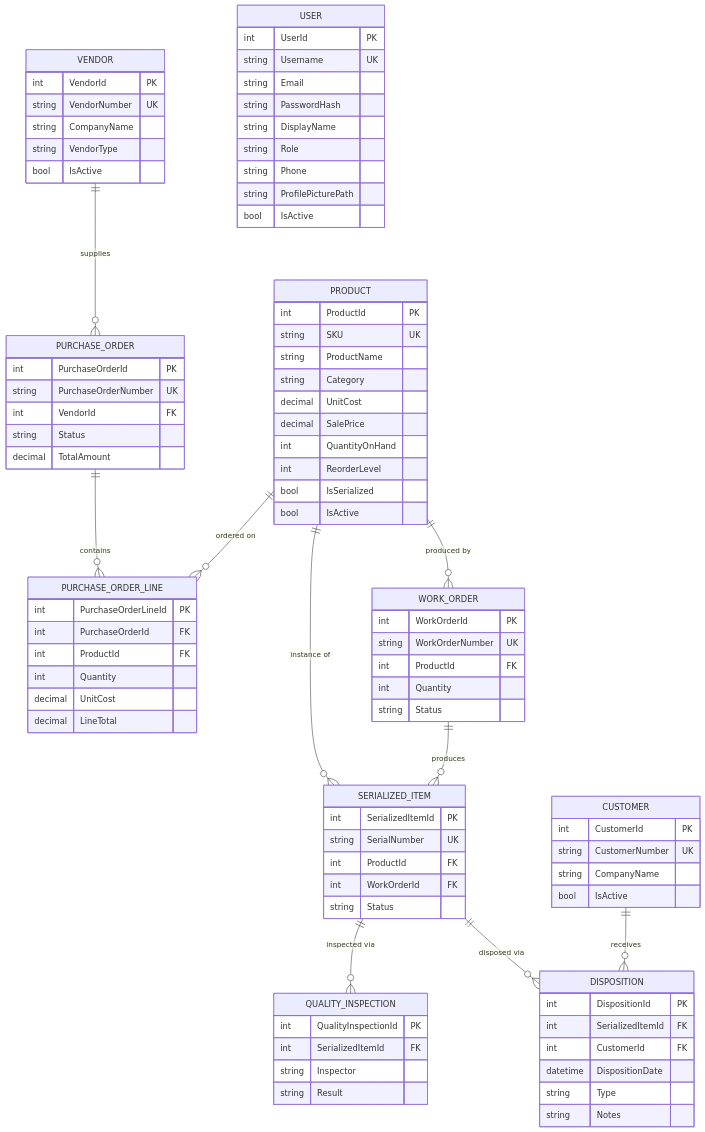
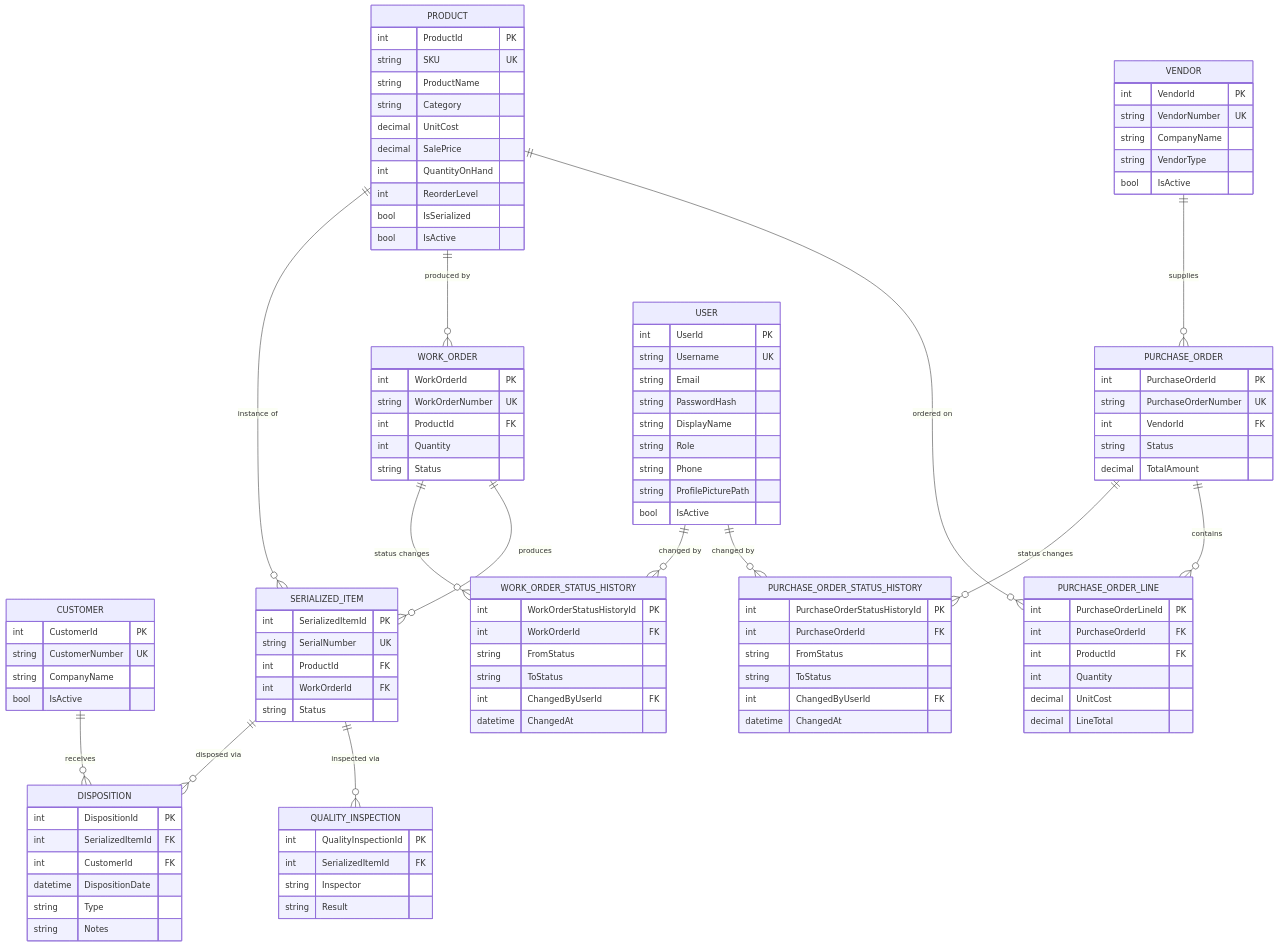
The diagram in docs/DATABASE.md (GetBirned/DartERP), drawn with Mermaid before and after one commit. The commit also changed other lines of this file and 25 other files, not shown here.

First line of the commit message:
Add audit trail on Purchase Order and Work Order status transitions

````diff
--- a/docs/DATABASE.md
+++ b/docs/DATABASE.md
@@ -53,6 +53,22 @@
         int Quantity
         string Status
     }
+    PURCHASE_ORDER_STATUS_HISTORY {
+        int PurchaseOrderStatusHistoryId PK
+        int PurchaseOrderId FK
+        string FromStatus
+        string ToStatus
+        int ChangedByUserId FK
+        datetime ChangedAt
+    }
+    WORK_ORDER_STATUS_HISTORY {
+        int WorkOrderStatusHistoryId PK
+        int WorkOrderId FK
+        string FromStatus
+        string ToStatus
+        int ChangedByUserId FK
+        datetime ChangedAt
+    }
     SERIALIZED_ITEM {
         int SerializedItemId PK
         string SerialNumber UK
@@ -95,4 +111,8 @@
     SERIALIZED_ITEM ||--o{ QUALITY_INSPECTION : "inspected via"
     SERIALIZED_ITEM ||--o{ DISPOSITION : "disposed via"
     CUSTOMER ||--o{ DISPOSITION : "receives"
+    PURCHASE_ORDER ||--o{ PURCHASE_ORDER_STATUS_HISTORY : "status changes"
+    WORK_ORDER ||--o{ WORK_ORDER_STATUS_HISTORY : "status changes"
+    USER ||--o{ PURCHASE_ORDER_STATUS_HISTORY : "changed by"
+    USER ||--o{ WORK_ORDER_STATUS_HISTORY : "changed by"
 ```
````
